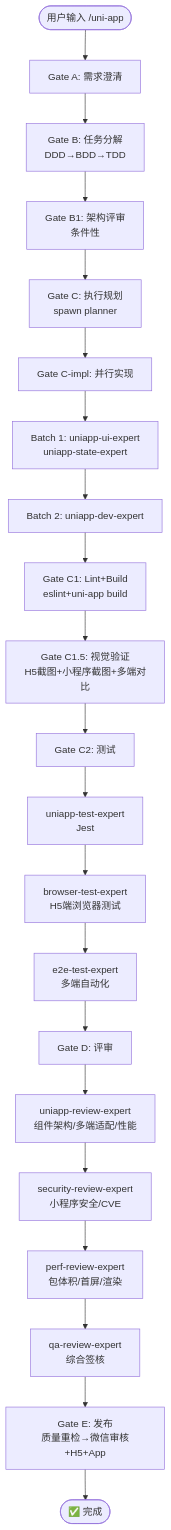
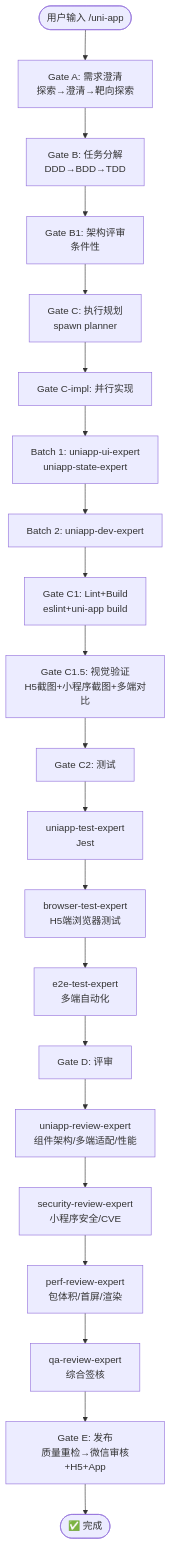
One commit to Wjl1224734792/Jarvis-Agent-Factory changed the diagram in docs/flows/uni-app.md. Above: the diagram before and after it, drawn with Mermaid. The commit also changed 39 other files, not shown here.

````diff
--- a/docs/flows/uni-app.md
+++ b/docs/flows/uni-app.md
@@ -38,23 +38,23 @@
 ```mermaid
 flowchart TD
-    START([用户输入 /uni-app]) --> A[Gate A: 需求澄清]
+    START([用户输入 /uni-app]) --> A[Gate A: 需求澄清<br/>探索→澄清→靶向探索]
     A --> B[Gate B: 任务分解<br/>DDD→BDD→TDD]
     B --> B1[Gate B1: 架构评审<br/>条件性]
     B1 --> C[Gate C: 执行规划<br/>spawn planner]
     C --> CI[Gate C-impl: 并行实现]
     CI --> CI1[Batch 1: uniapp-ui-expert<br/>uniapp-state-expert]
     CI1 --> CI2[Batch 2: uniapp-dev-expert]
     CI2 --> C1[Gate C1: Lint+Build<br/>eslint+uni-app build]
     C1 --> C15[Gate C1.5: 视觉验证<br/>H5截图+小程序截图+多端对比]
     C15 --> C2[Gate C2: 测试]
     C2 --> C2A[uniapp-test-expert<br/>Jest]
     C2A --> C2B[browser-test-expert<br/>H5端浏览器测试]
     C2B --> C2C[e2e-test-expert<br/>多端自动化]
     C2C --> D[Gate D: 评审]
     D --> D1[uniapp-review-expert<br/>组件架构/多端适配/性能]
     D1 --> D2[security-review-expert<br/>小程序安全/CVE]
     D2 --> D3[perf-review-expert<br/>包体积/首屏/渲染]
     D3 --> D4[qa-review-expert<br/>综合签核]
     D4 --> E[Gate E: 发布<br/>质量重检→微信审核+H5+App]
     E --> DONE([✅ 完成])
 ```
````
